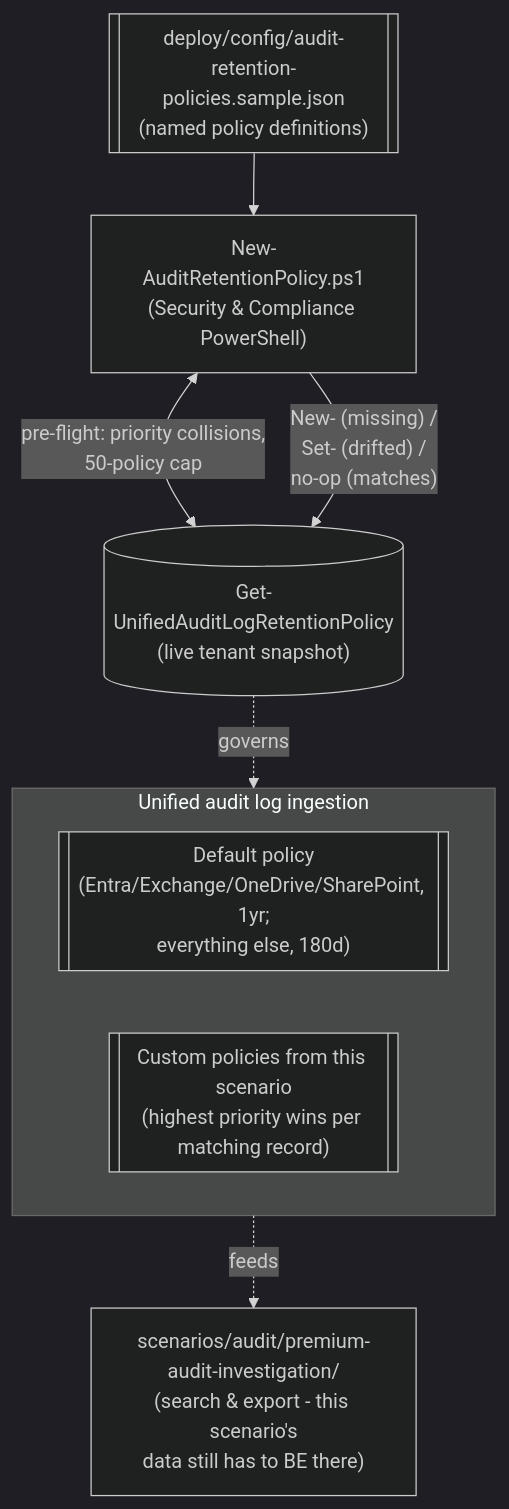
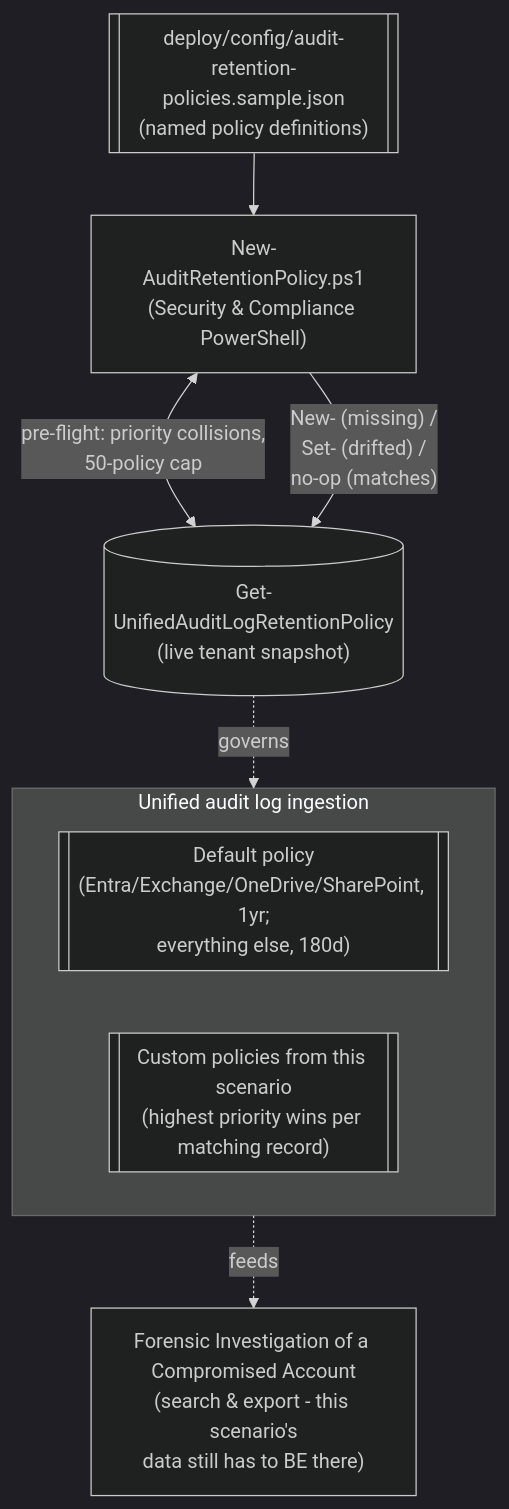
One commit to kpsec1/kpsec1.github.io changed the diagram in src/content/scenarios/audit/retention-policy-management.md. Above: the diagram before and after it, drawn with Mermaid (dark theme). The commit also changed 269 other files, not shown here.

````diff
--- a/src/content/scenarios/audit/retention-policy-management.md
+++ b/src/content/scenarios/audit/retention-policy-management.md
@@ -53,18 +53,18 @@
 ```mermaid
 flowchart TD
     Cfg[["deploy/config/audit-retention-policies.sample.json<br/>(named policy definitions)"]]
     Run["New-AuditRetentionPolicy.ps1<br/>(Security & Compliance PowerShell)"]
     Live[("Get-UnifiedAuditLogRetentionPolicy<br/>(live tenant snapshot)")]
 
     Cfg --> Run
     Run <-- "pre-flight: priority collisions,<br/>50-policy cap" --> Live
     Run -- "New- (missing) /<br/>Set- (drifted) /<br/>no-op (matches)" --> Live
 
     subgraph Pipeline["Unified audit log ingestion"]
         direction LR
         Default[["Default policy<br/>(Entra/Exchange/OneDrive/SharePoint, 1yr;<br/>everything else, 180d)"]]
         Custom[["Custom policies from this scenario<br/>(highest priority wins per matching record)"]]
     end
     Live -.governs.-> Pipeline
-    Pipeline -.feeds.-> Search["scenarios/audit/premium-audit-investigation/<br/>(search & export - this scenario's<br/>data still has to BE there)"]
+    Pipeline -.feeds.-> Search["Forensic Investigation of a Compromised Account<br/>(search & export - this scenario's<br/>data still has to BE there)"]
 ```
````
